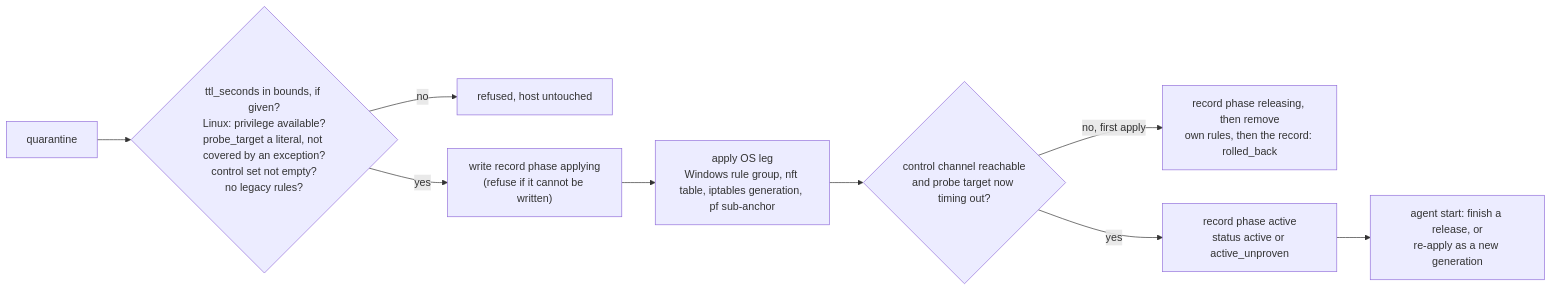
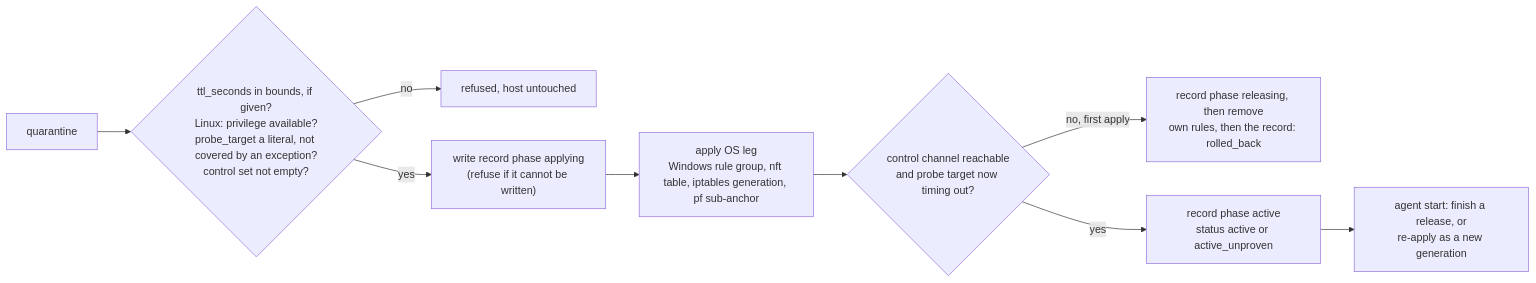
One commit to DevNullLtd/Yuzu changed the second of 4 diagrams in agents/plugins/firewall/README.md. Above: the diagram before and after it, drawn with Mermaid. The commit also changed other lines of this file and 144 other files, not shown here.

Commit message:
Remove the legacy quarantine plugin and cut server containment over to the firewall actions

````diff
--- a/agents/plugins/firewall/README.md
+++ b/agents/plugins/firewall/README.md
@@ -61,11 +60,11 @@
 ```mermaid
 flowchart LR
-  Q["quarantine"] --> V{"ttl_seconds in bounds, if given?<br/>Linux: privilege available?<br/>probe_target a literal, not covered by an exception?<br/>control set not empty?<br/>no legacy rules?"}
+  Q["quarantine"] --> V{"ttl_seconds in bounds, if given?<br/>Linux: privilege available?<br/>probe_target a literal, not covered by an exception?<br/>control set not empty?"}
   V -- "no" --> R["refused, host untouched"]
   V -- "yes" --> REC["write record phase applying<br/>(refuse if it cannot be written)"]
   REC --> AP["apply OS leg<br/>Windows rule group, nft table, iptables generation, pf sub-anchor"]
   AP --> VF{"control channel reachable<br/>and probe target now timing out?"}
   VF -- "no, first apply" --> RB["record phase releasing, then remove<br/>own rules, then the record: rolled_back"]
   VF -- "yes" --> ACT["record phase active<br/>status active or active_unproven"]
   ACT --> INIT["agent start: finish a release, or<br/>re-apply as a new generation"]
 ```
````
